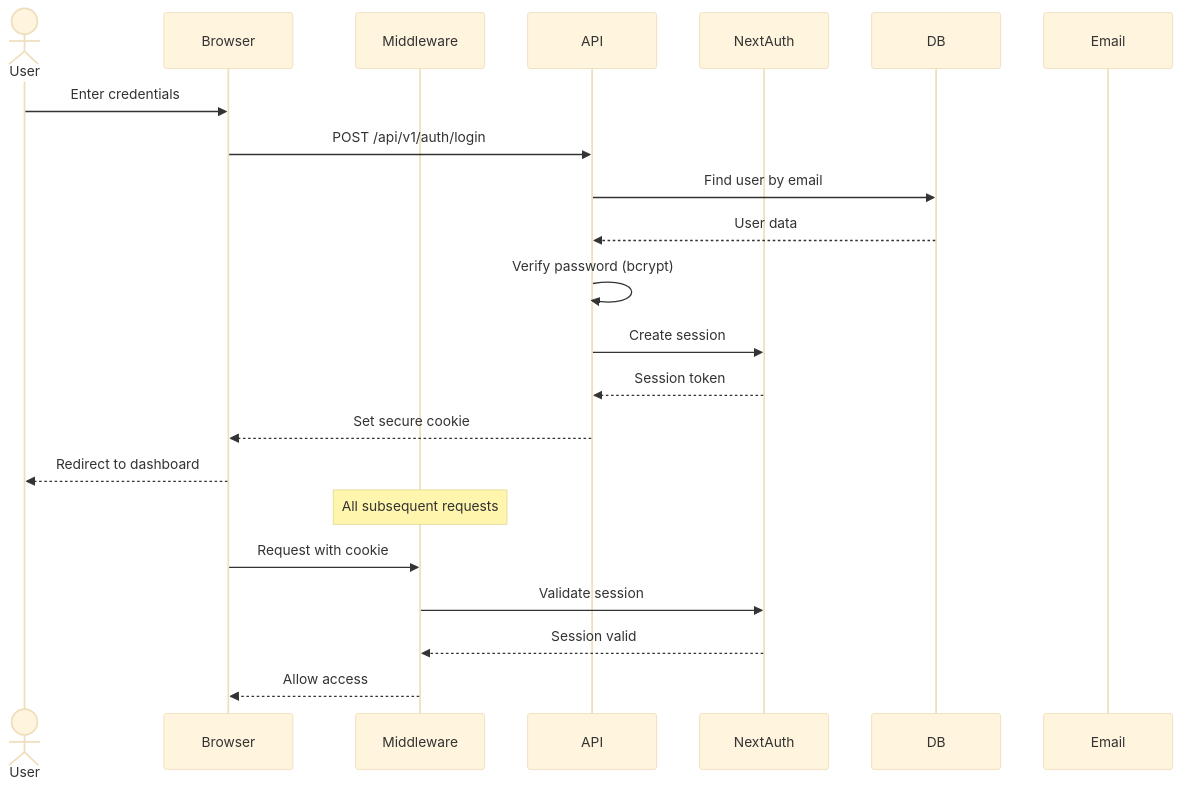
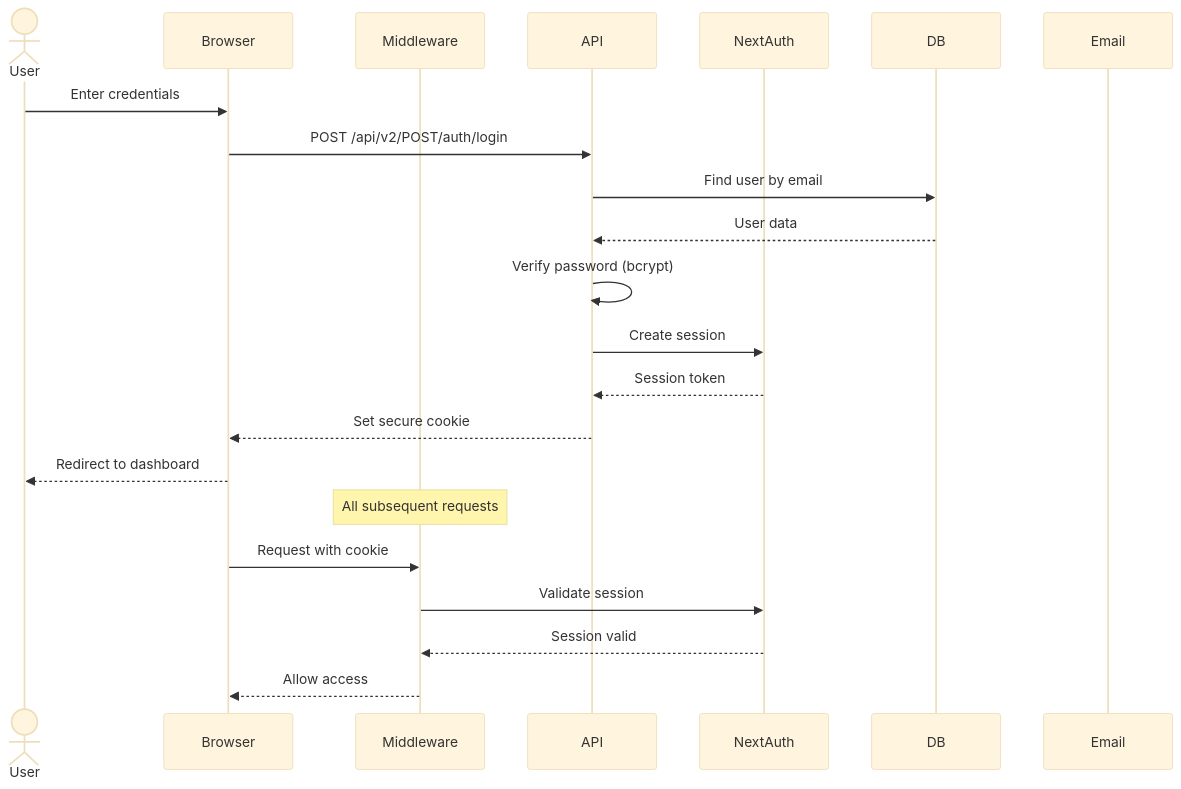
The third of 8 diagrams in README.md (Ruhanpaco/prishtina-heackerspace), drawn with Mermaid (base theme) before and after one commit. The commit also changed other lines of this file and 121 other files, not shown here.

````diff
--- a/README.md
+++ b/README.md
@@ -161,26 +213,26 @@
 ```mermaid
 sequenceDiagram
     actor User
     participant Browser
     participant Middleware
     participant API
     participant NextAuth
     participant DB
     participant Email
 
     User->>Browser: Enter credentials
-    Browser->>API: POST /api/v1/auth/login
+    Browser->>API: POST /api/v2/POST/auth/login
     API->>DB: Find user by email
     DB-->>API: User data
     API->>API: Verify password (bcrypt)
     API->>NextAuth: Create session
     NextAuth-->>API: Session token
     API-->>Browser: Set secure cookie
     Browser-->>User: Redirect to dashboard
     
     Note over Middleware: All subsequent requests
     Browser->>Middleware: Request with cookie
     Middleware->>NextAuth: Validate session
     NextAuth-->>Middleware: Session valid
     Middleware-->>Browser: Allow access
 ```
````
